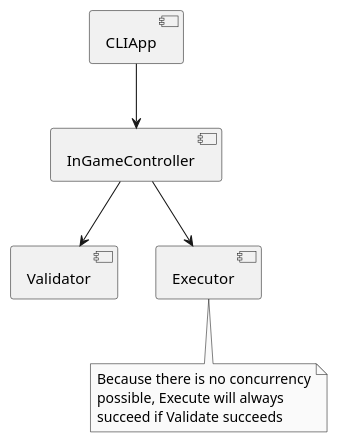
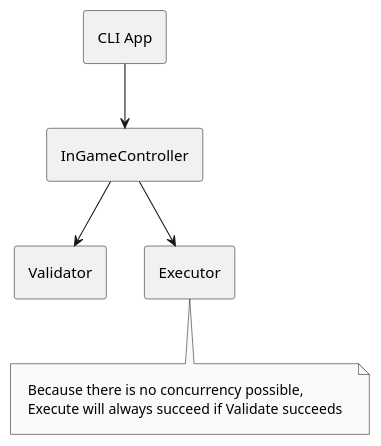
The second of 2 diagrams in RummyGames/Design-Rummy.md (JonQuxBurton/CardGames), drawn with PlantUML before and after one commit. The commit also changed other lines of this file and 4 other files, not shown here.

````diff
--- a/RummyGames/Design-Rummy.md
+++ b/RummyGames/Design-Rummy.md
@@ -16,18 +21,25 @@
 ```plantuml
 @startuml
 skinparam monochrome true
+skinparam Padding 10
+hide circle
+hide members
 
-[CLIApp] --> [InGameController]
-[InGameController] --> [Validator]
-[InGameController] --> [Executor]
+class "CLI App" as CLIApp
+class  InGameController
+class  Validator
+class  Executor
 
-note bottom of [Executor]
-    Because there is no concurrency
-    possible, Execute will always
-    succeed if Validate succeeds
+CLIApp --> InGameController
+InGameController --> Validator
+InGameController --> Executor
+
+note bottom of Executor
+    Because there is no concurrency possible,
+    Execute will always succeed if Validate succeeds
 end note
 
 
 
 @enduml
 ```
````
